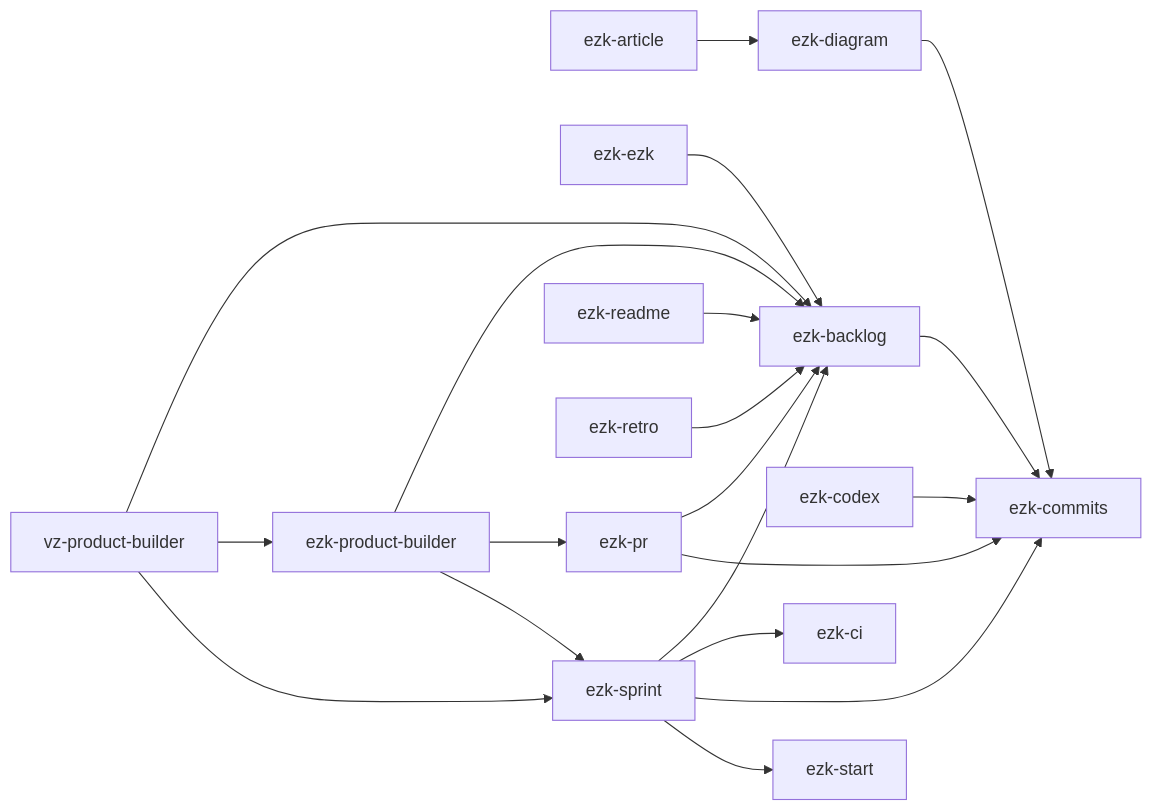
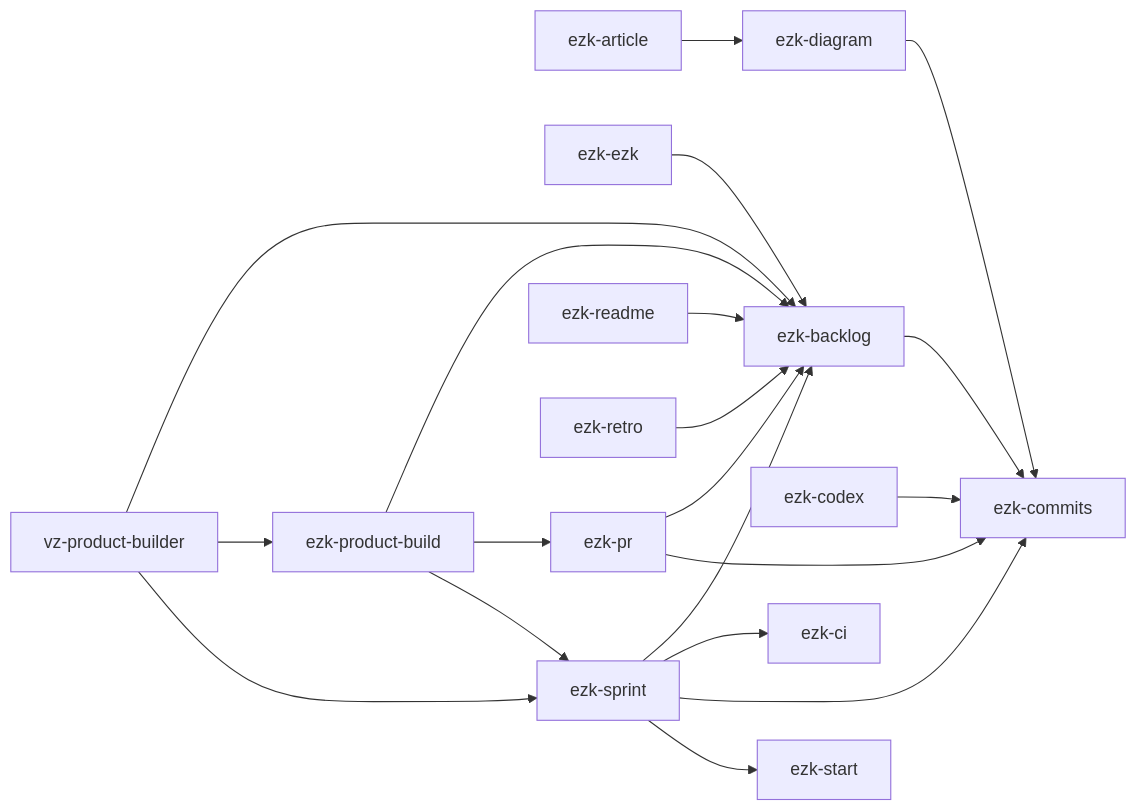
Before and after one commit to elzinko/vectorz: the diagram in products/mega-city/skills/README.md, drawn with Mermaid. The commit also changed other lines of this file and 64 other files, not shown here.

First line of the commit message:
refactor(method): lot 3.2 — split cérémonie/rôle : le skill devient ezk-product-build

````diff
--- a/products/mega-city/skills/README.md
+++ b/products/mega-city/skills/README.md
@@ -50,22 +50,22 @@
 ```mermaid
 flowchart LR
     ezk-article --> ezk-diagram
     ezk-backlog --> ezk-commits
     ezk-codex --> ezk-commits
     ezk-diagram --> ezk-commits
     ezk-ezk --> ezk-backlog
     ezk-pr --> ezk-backlog
     ezk-pr --> ezk-commits
-    ezk-product-builder --> ezk-backlog
-    ezk-product-builder --> ezk-pr
-    ezk-product-builder --> ezk-sprint
+    ezk-product-build --> ezk-backlog
+    ezk-product-build --> ezk-pr
+    ezk-product-build --> ezk-sprint
     ezk-readme --> ezk-backlog
     ezk-retro --> ezk-backlog
     ezk-sprint --> ezk-backlog
     ezk-sprint --> ezk-ci
     ezk-sprint --> ezk-commits
     ezk-sprint --> ezk-start
     vz-product-builder --> ezk-backlog
-    vz-product-builder --> ezk-product-builder
+    vz-product-builder --> ezk-product-build
     vz-product-builder --> ezk-sprint
 ```
````
